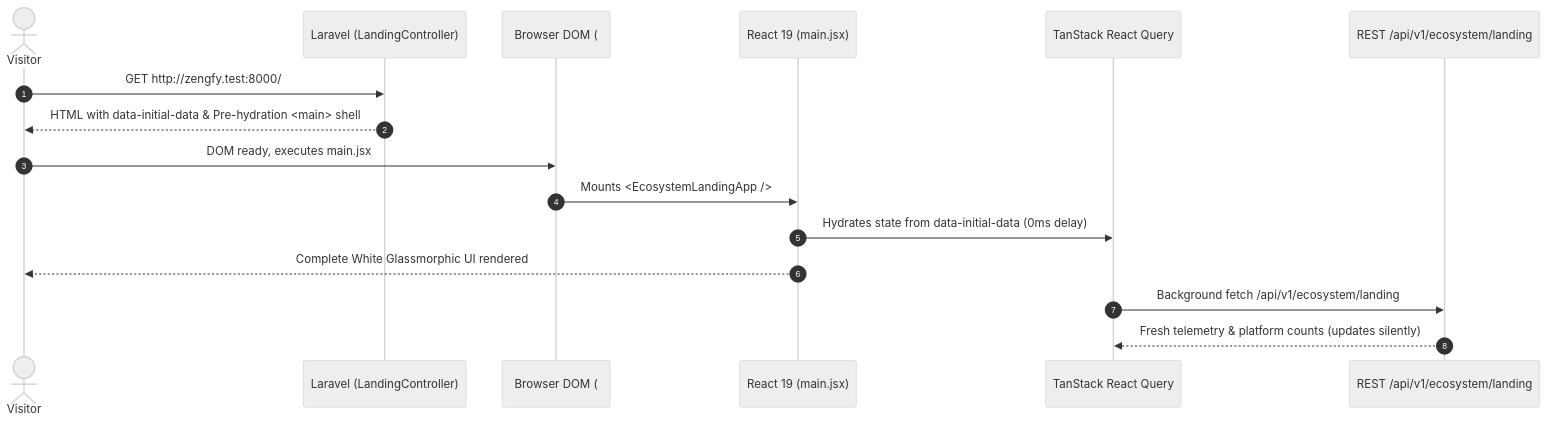
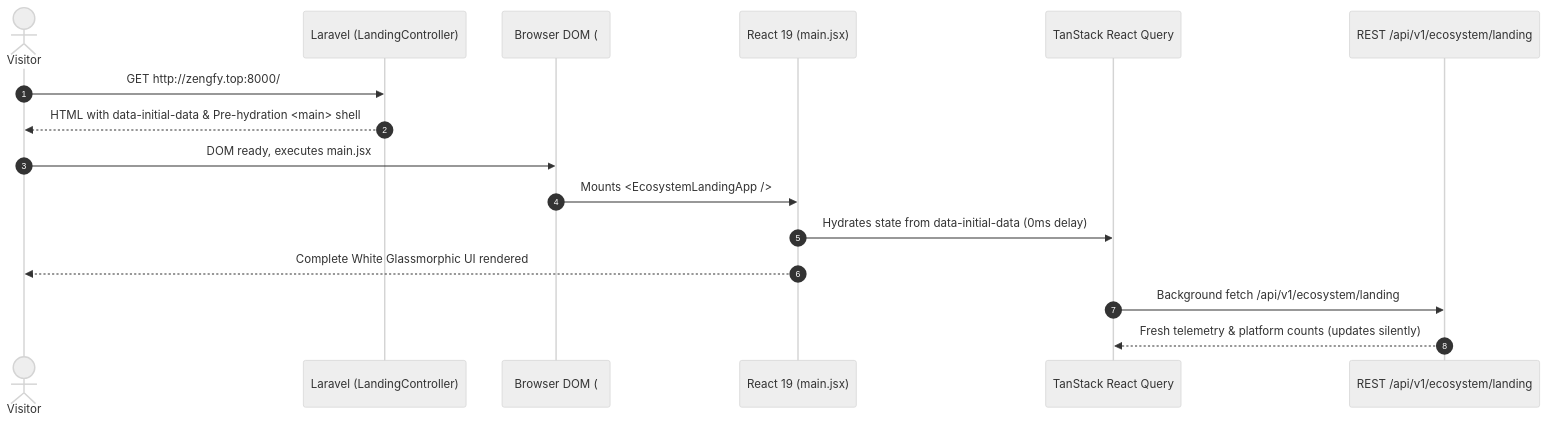
The diagram in docs/antigravity/documents/2_TRD.md (diusazzad/zengfy), drawn with Mermaid (neutral theme) before and after one commit. The commit also changed other lines of this file and 141 other files, not shown here.

````diff
--- a/docs/antigravity/documents/2_TRD.md
+++ b/docs/antigravity/documents/2_TRD.md
@@ -76,19 +76,19 @@
 ```mermaid
 sequenceDiagram
     autonumber
     actor Visitor
     participant Server as Laravel (LandingController)
     participant DOM as Browser DOM (#react-ecosystem-landing-root)
     participant React as React 19 (main.jsx)
     participant Query as TanStack React Query
     participant API as REST /api/v1/ecosystem/landing
 
-    Visitor->>Server: GET http://zengfy.test:8000/
+    Visitor->>Server: GET http://zengfy.top:8000/
     Server-->>Visitor: HTML with data-initial-data & Pre-hydration <main> shell
     Visitor->>DOM: DOM ready, executes main.jsx
     DOM->>React: Mounts <EcosystemLandingApp />
     React->>Query: Hydrates state from data-initial-data (0ms delay)
     React-->>Visitor: Complete White Glassmorphic UI rendered
     Query->>API: Background fetch /api/v1/ecosystem/landing
     API-->>Query: Fresh telemetry & platform counts (updates silently)
 ```
````
